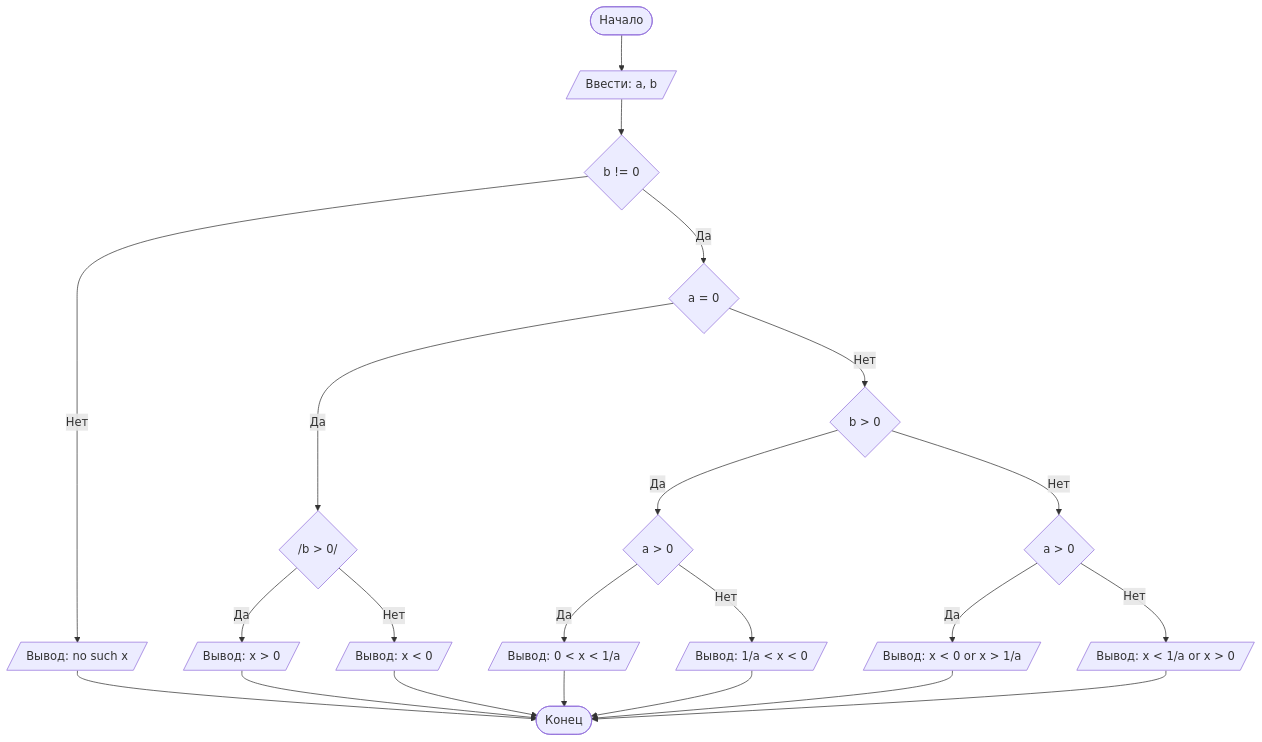
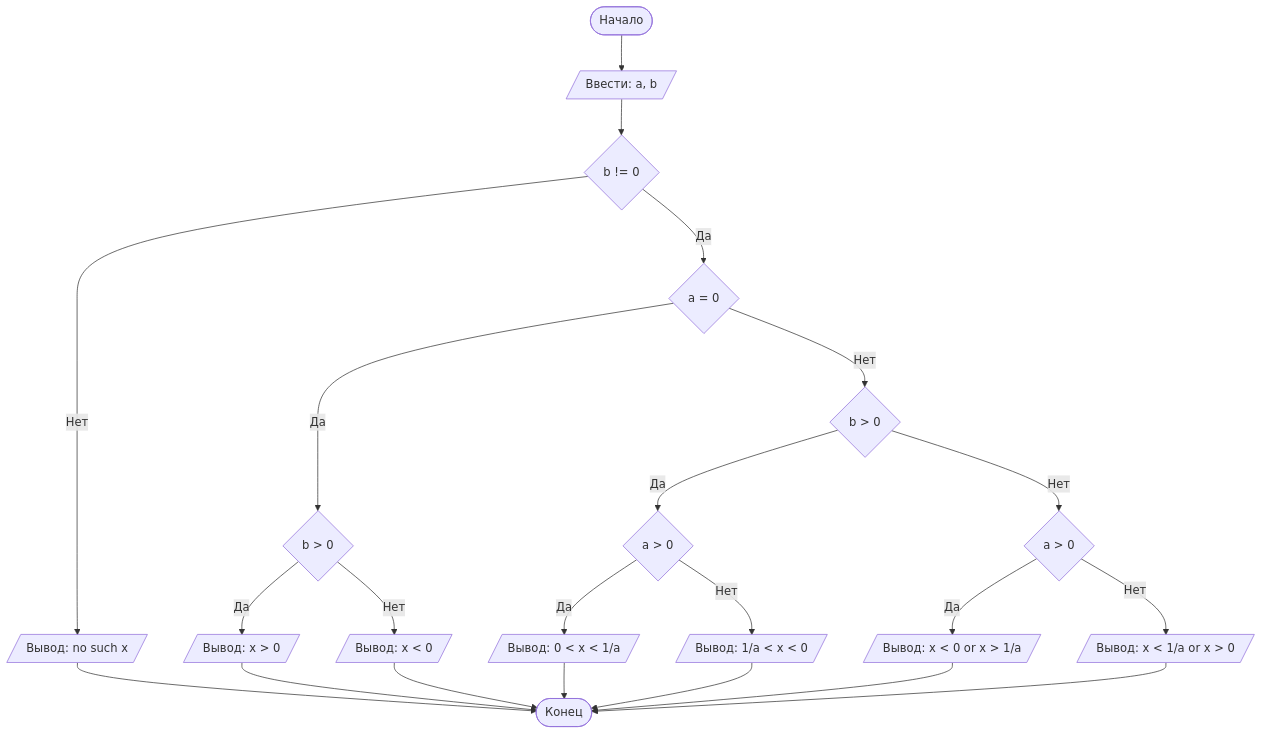
Before and after one commit to Noir-kun/Laboratory1: the diagram in README.md, drawn with Mermaid.

````diff
--- a/README.md
+++ b/README.md
@@ -81,25 +81,25 @@
 ```mermaid
 graph TD
     A([Начало]) --> B[/Ввести: a, b/]
     B --> C{b != 0}
     C -- Нет --> E[/Вывод: no such x/]
     C -- Да --> I{a = 0}
     I -- Нет --> J{b > 0}
-    I -- Да --> K{/b > 0/}
+    I -- Да --> K{b > 0}
     J -- Да --> N{a > 0}
     J -- Нет --> T{a > 0}
     K -- Да --> L[/Вывод: x > 0/]
     K -- Нет --> M[/Вывод: x < 0/]
     N -- Да --> D[/Вывод: 0 < x < 1/a/]
     N -- Нет --> V[/Вывод: 1/a < x < 0/]
     T -- Да --> P[/Вывод: x < 0 or x > 1/a/]
     T -- Нет --> S[/Вывод: x < 1/a or x > 0/]
     E --> Z
     L --> Z
     M --> Z
     D --> Z
     V --> Z
     P --> Z
     S --> Z([Конец])
 
 ```
````
